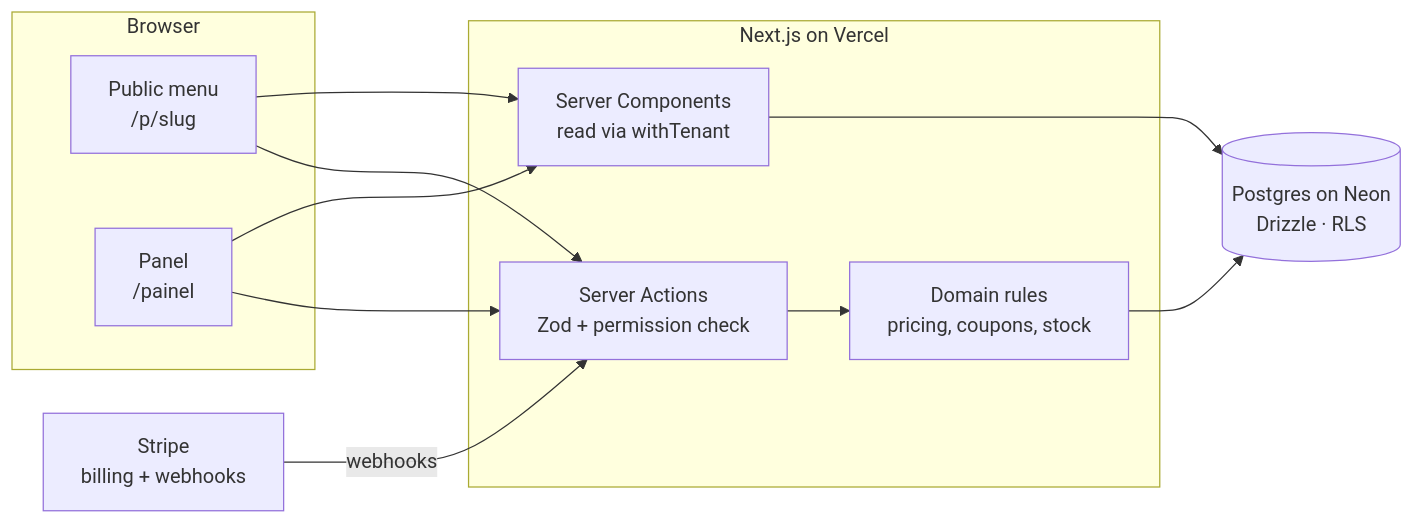
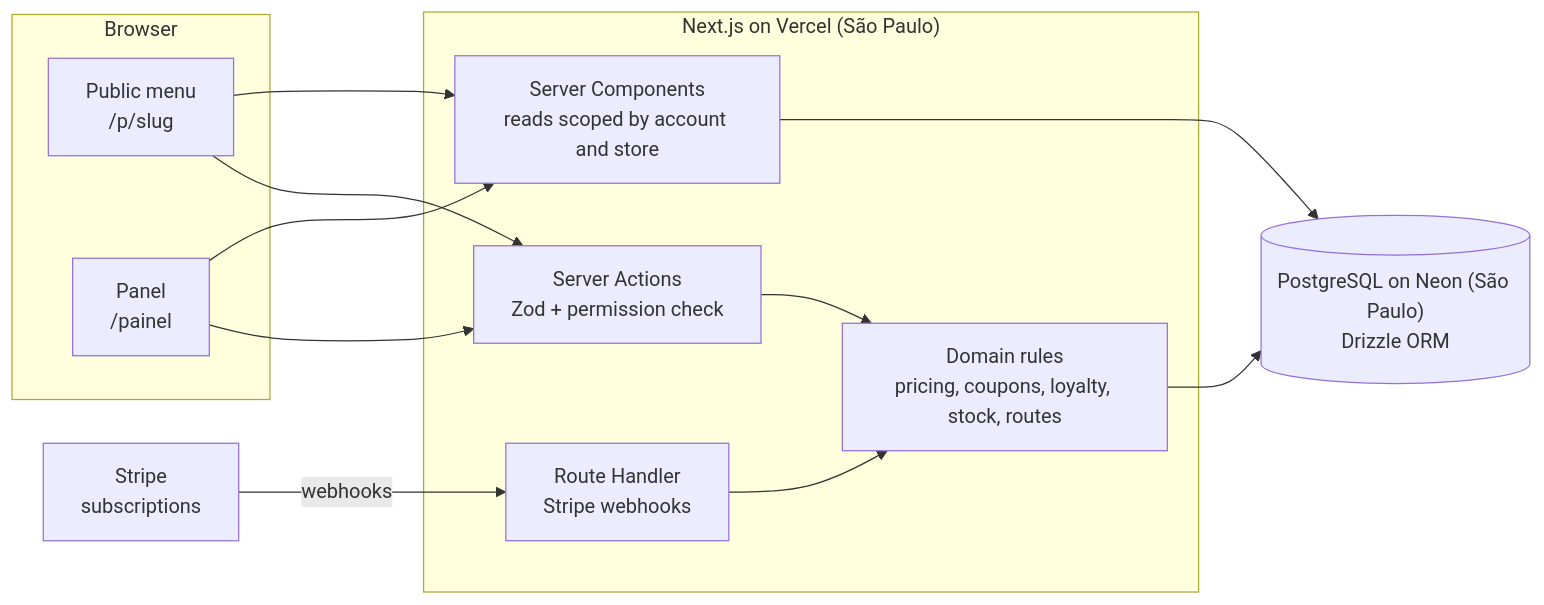
Before and after one commit to TowerTKL/pizzaflow: the diagram in README.md, drawn with Mermaid. The commit also changed other lines of this file and 4 other files, not shown here.

````diff
--- a/README.md
+++ b/README.md
@@ -38,21 +41,22 @@
 ```mermaid
 flowchart LR
     subgraph Browser
-        M[Public menu<br>/p/slug]
-        P[Panel<br>/painel]
+        M["Public menu<br>/p/slug"]
+        P["Panel<br>/painel"]
     end
-    subgraph Next.js on Vercel
-        RSC[Server Components<br>read via withTenant]
-        SA[Server Actions<br>Zod + permission check]
-        LIB[Domain rules<br>pricing, coupons, stock]
+    subgraph Vercel["Next.js on Vercel (São Paulo)"]
+        RSC["Server Components<br>reads scoped by account and store"]
+        SA["Server Actions<br>Zod + permission check"]
+        WH["Route Handler<br>Stripe webhooks"]
+        LIB["Domain rules<br>pricing, coupons, loyalty, stock, routes"]
     end
-    DB[(Postgres on Neon<br>Drizzle · RLS)]
-    ST[Stripe<br>billing + webhooks]
+    DB[("PostgreSQL on Neon (São Paulo)<br>Drizzle ORM")]
+    ST["Stripe<br>subscriptions"]
     M --> RSC
     P --> RSC
     M --> SA
     P --> SA
     SA --> LIB --> DB
     RSC --> DB
-    ST -- webhooks --> SA
+    ST -- webhooks --> WH --> LIB
 ```
````
